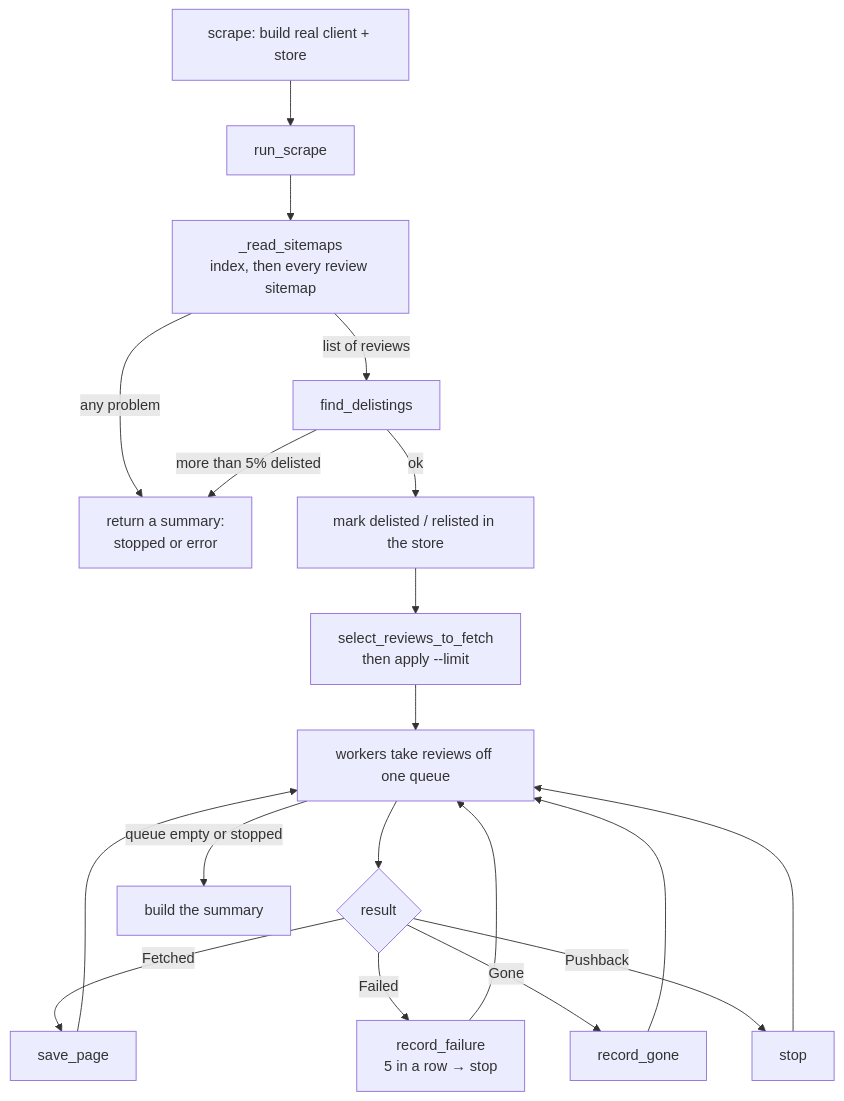
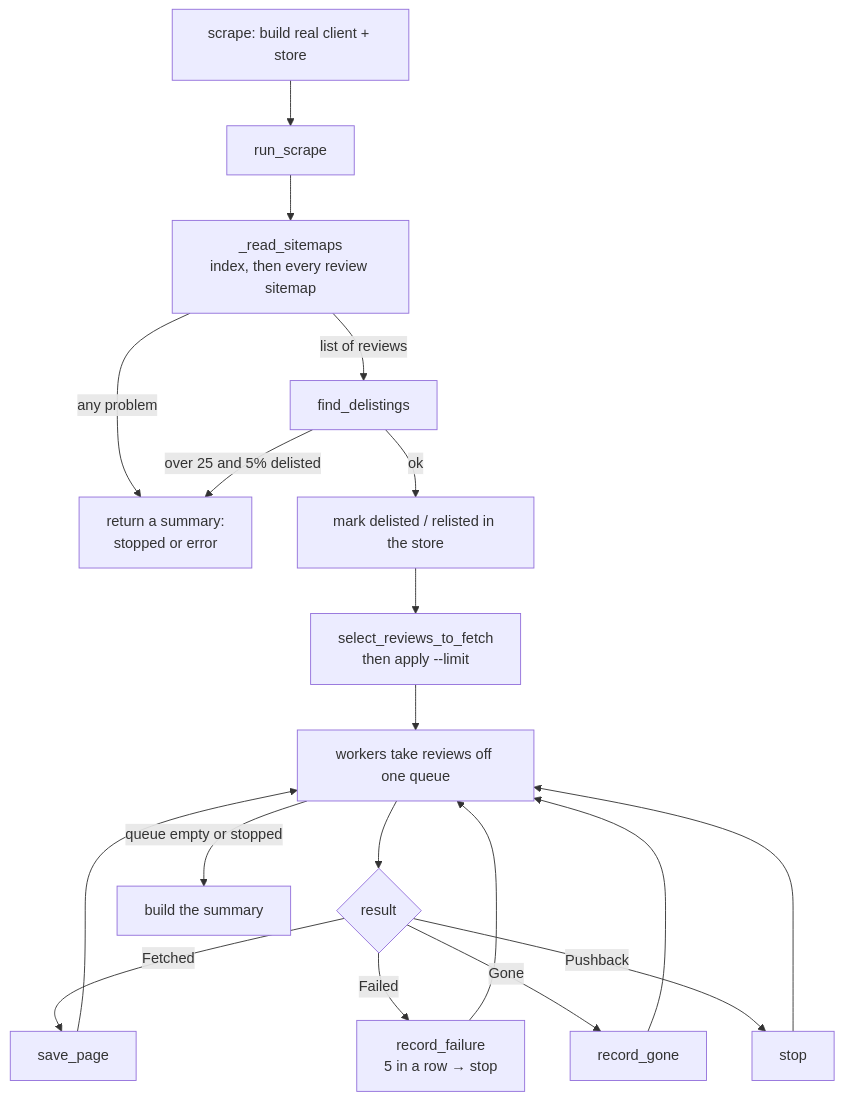
Before and after one commit to tynardone/coffee-review: the diagram in docs/explainers/scrape-pipeline.md, drawn with Mermaid. The commit also changed other lines of this file and 15 other files, not shown here.

````diff
--- a/docs/explainers/scrape-pipeline.md
+++ b/docs/explainers/scrape-pipeline.md
@@ -23,18 +23,18 @@
 ```mermaid
 flowchart TD
     A[scrape: build real client + store] --> B[run_scrape]
     B --> C[_read_sitemaps<br/>index, then every review sitemap]
     C -->|any problem| X[return a summary:<br/>stopped or error]
     C -->|list of reviews| D[find_delistings]
-    D -->|more than 5% delisted| X
+    D -->|over 25 and 5% delisted| X
     D -->|ok| E[mark delisted / relisted in the store]
     E --> F[select_reviews_to_fetch<br/>then apply --limit]
     F --> G[workers take reviews off one queue]
     G --> H{result}
     H -->|Fetched| I[save_page]
     H -->|Failed| J[record_failure<br/>5 in a row → stop]
     H -->|Gone| K[record_gone]
     H -->|Pushback| L[stop]
     I & J & K & L --> G
     G -->|queue empty or stopped| S[build the summary]
 ```
````
